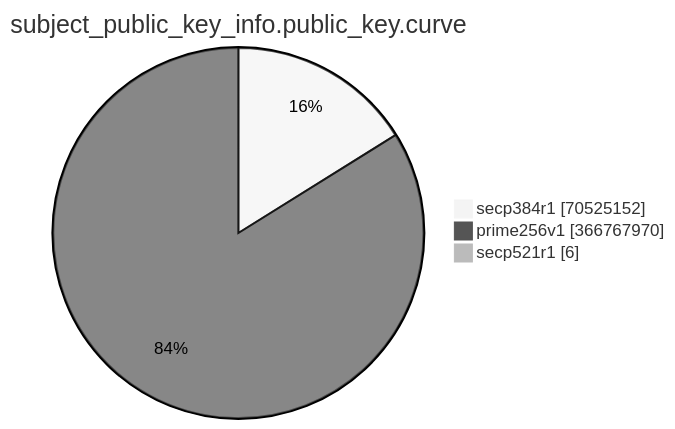
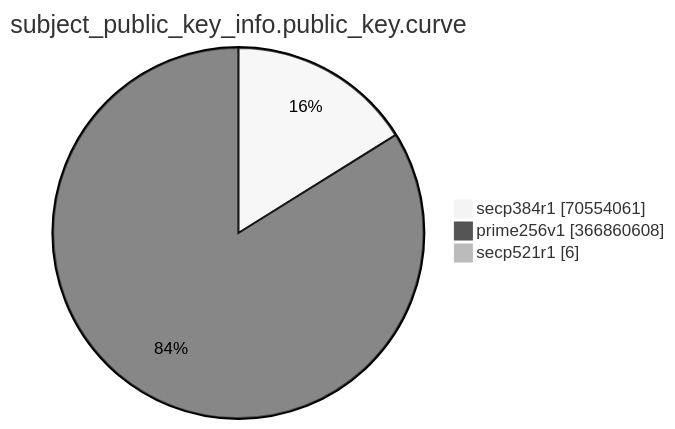
One commit to christiankrug/ctmonitor_visualization changed the eighth of 15 diagrams in TOTAL/README.md. Above: the diagram before and after it, drawn with Mermaid (neutral theme). The commit also changed other lines of this file, not shown here.

````diff
--- a/TOTAL/README.md
+++ b/TOTAL/README.md
@@ -3094,7 +3094,7 @@
 ```mermaid
 pie showData
 title subject_public_key_info.public_key.curve
-"secp384r1" :70525152
-"prime256v1" :366767970
+"secp384r1" :70554061
+"prime256v1" :366860608
 "secp521r1" :6
 ```
````
